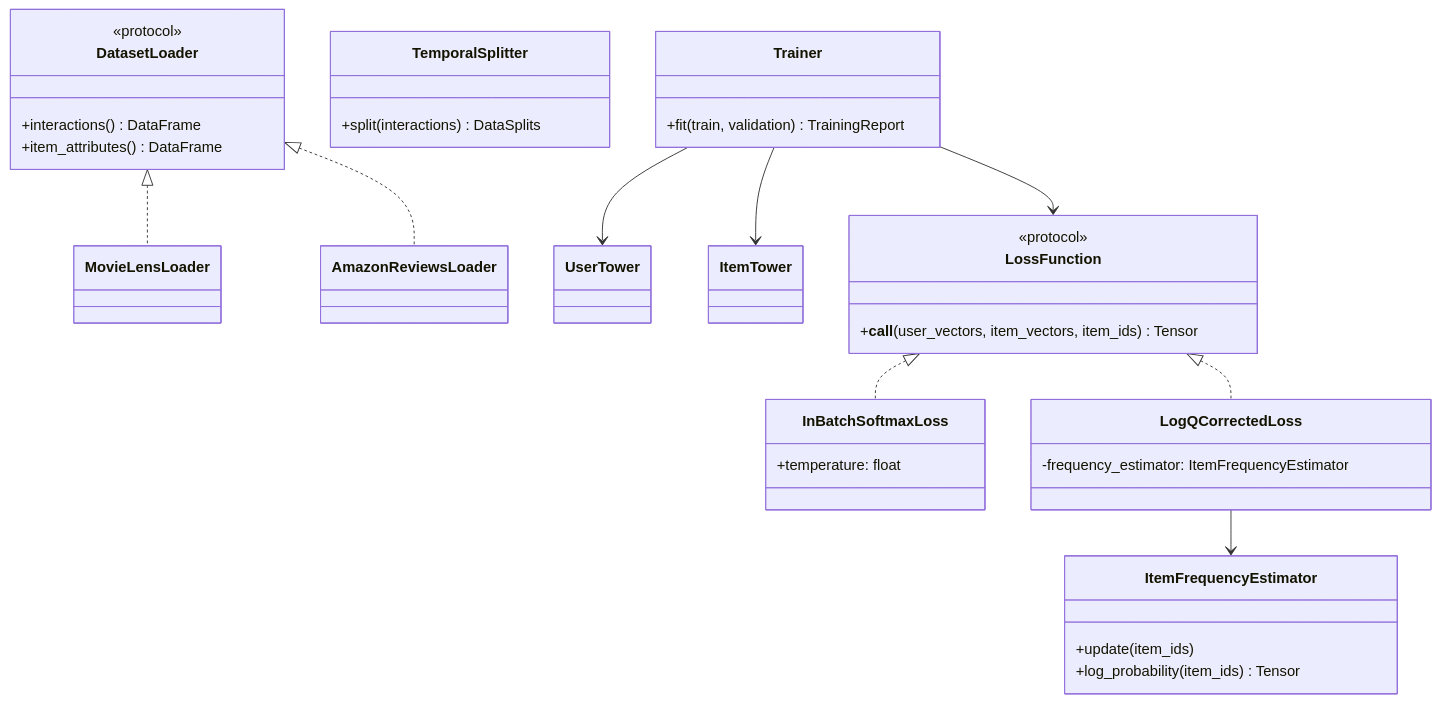
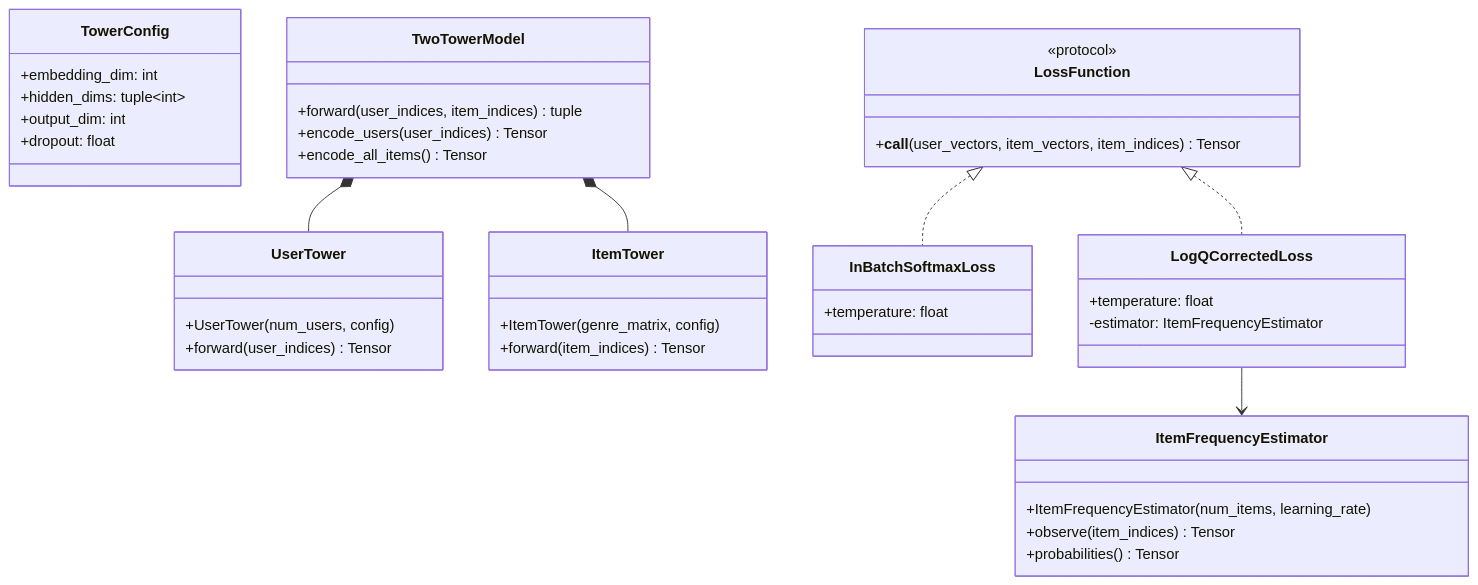
Before and after one commit to imDharaneesh/hopfilter-ann: the tenth of 13 diagrams in docs/design.md, drawn with Mermaid. The commit also changed other lines of this file, not shown here.

First line of the commit message:
docs(design): phase 1 design for data, two-tower model, losses and evaluation

````diff
--- a/docs/design.md
+++ b/docs/design.md
@@ -492,40 +568,43 @@
 ```mermaid
 classDiagram
-    class DatasetLoader {
-        <<protocol>>
-        +interactions() DataFrame
-        +item_attributes() DataFrame
+    class TowerConfig {
+        +embedding_dim: int
+        +hidden_dims: tuple~int~
+        +output_dim: int
+        +dropout: float
     }
-    class MovieLensLoader
-    class AmazonReviewsLoader
-    class TemporalSplitter {
-        +split(interactions) DataSplits
+    class UserTower {
+        +UserTower(num_users, config)
+        +forward(user_indices) Tensor
     }
-    class UserTower
-    class ItemTower
+    class ItemTower {
+        +ItemTower(genre_matrix, config)
+        +forward(item_indices) Tensor
+    }
+    class TwoTowerModel {
+        +forward(user_indices, item_indices) tuple
+        +encode_users(user_indices) Tensor
+        +encode_all_items() Tensor
+    }
     class LossFunction {
         <<protocol>>
-        +__call__(user_vectors, item_vectors, item_ids) Tensor
+        +__call__(user_vectors, item_vectors, item_indices) Tensor
     }
     class InBatchSoftmaxLoss {
         +temperature: float
     }
     class LogQCorrectedLoss {
-        -frequency_estimator: ItemFrequencyEstimator
+        +temperature: float
+        -estimator: ItemFrequencyEstimator
     }
     class ItemFrequencyEstimator {
-        +update(item_ids)
-        +log_probability(item_ids) Tensor
+        +ItemFrequencyEstimator(num_items, learning_rate)
+        +observe(item_indices) Tensor
+        +probabilities() Tensor
     }
-    class Trainer {
-        +fit(train, validation) TrainingReport
-    }
-    DatasetLoader <|.. MovieLensLoader
-    DatasetLoader <|.. AmazonReviewsLoader
+    TwoTowerModel *-- UserTower
+    TwoTowerModel *-- ItemTower
     LossFunction <|.. InBatchSoftmaxLoss
     LossFunction <|.. LogQCorrectedLoss
     LogQCorrectedLoss --> ItemFrequencyEstimator
-    Trainer --> UserTower
-    Trainer --> ItemTower
-    Trainer --> LossFunction
 ```
````
